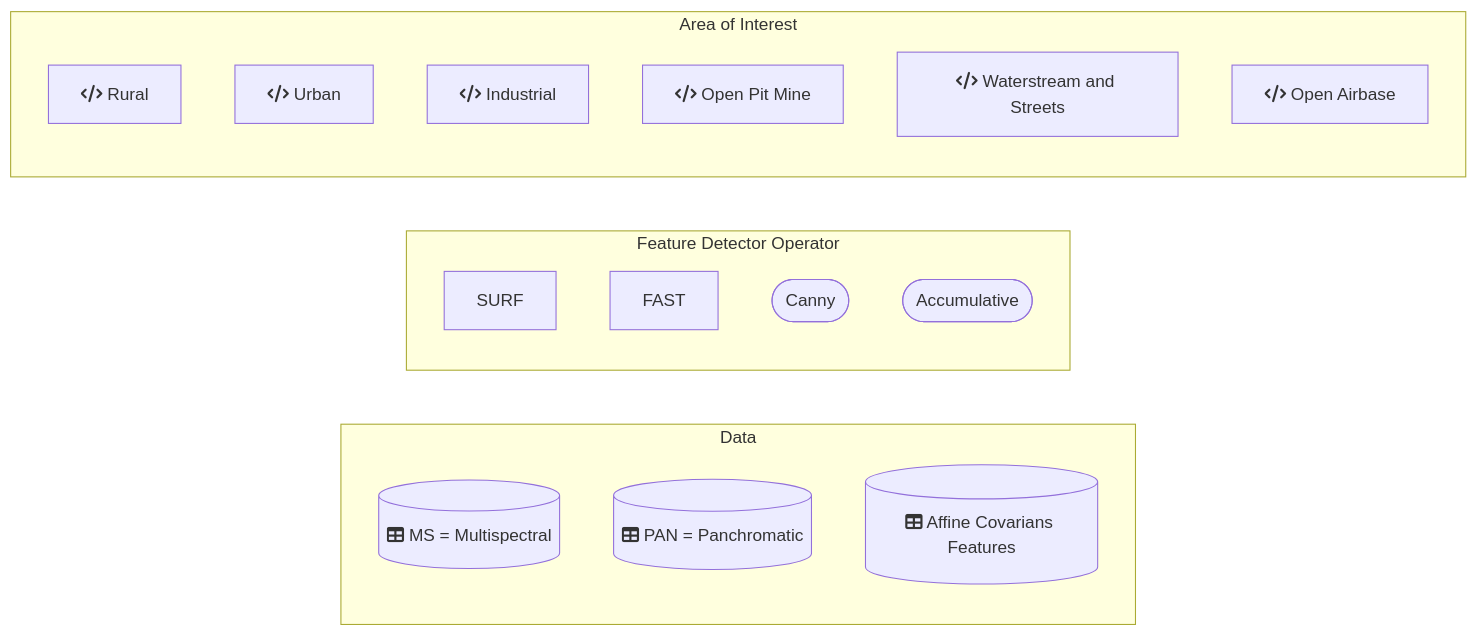
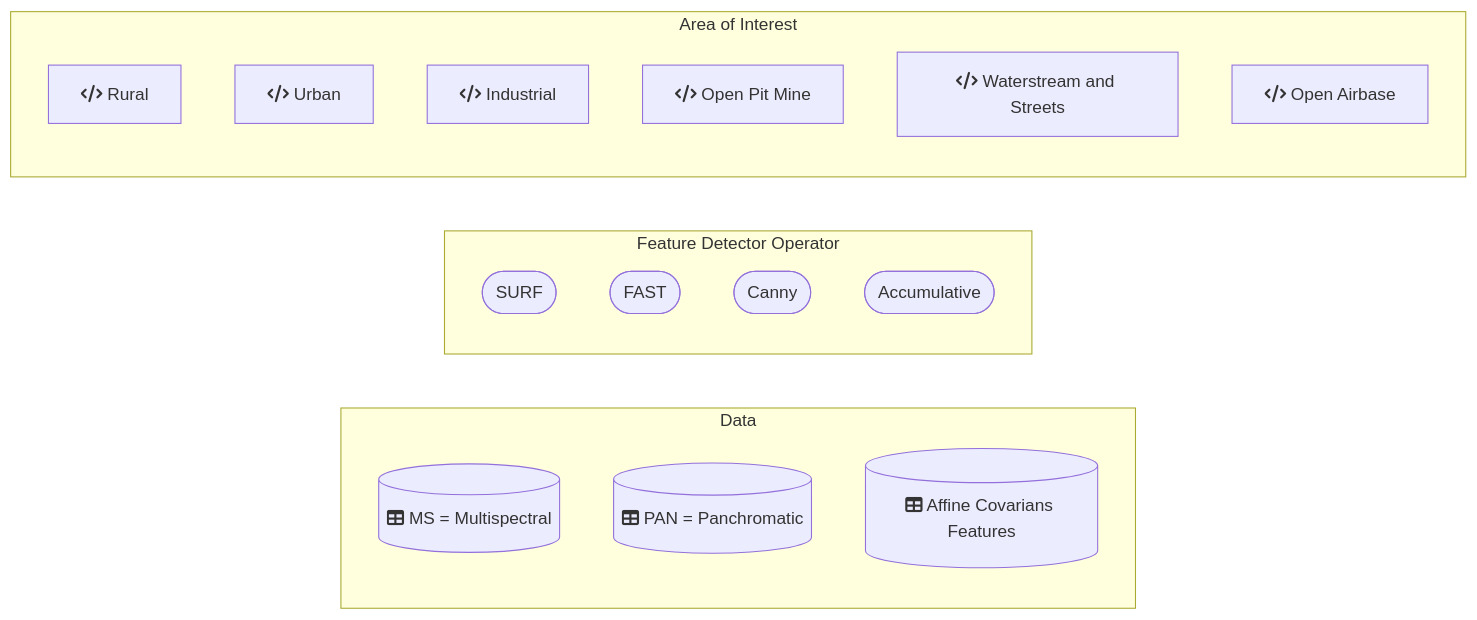
The diagram in Application/README.md (DippoldEJ/Feature-Detection-and-Explanation), drawn with Mermaid before and after one commit.

````diff
--- a/Application/README.md
+++ b/Application/README.md
@@ -13,26 +13,26 @@
 ```mermaid
 flowchart LR;
 
  subgraph Data
         g[(fa:fa-table MS = Multispectral)]
         h[(fa:fa-table PAN = Panchromatic)]
         i[(fa:fa-table Affine Covarians Features)]
     end
 
  subgraph Feature Detector Operator
-        j[SURF]
-        k[FAST]
+        j([SURF])
+        k([FAST])
         l([Canny])
         m([Accumulative])
     end
 
 subgraph Area of Interest
     a[fa:fa-code Rural]
     b[fa:fa-code Urban]
     c[fa:fa-code Industrial]
     d[fa:fa-code Open Pit Mine]
     e[fa:fa-code Waterstream and Streets]
     f[fa:fa-code Open Airbase]
     end
 
 ```
````
